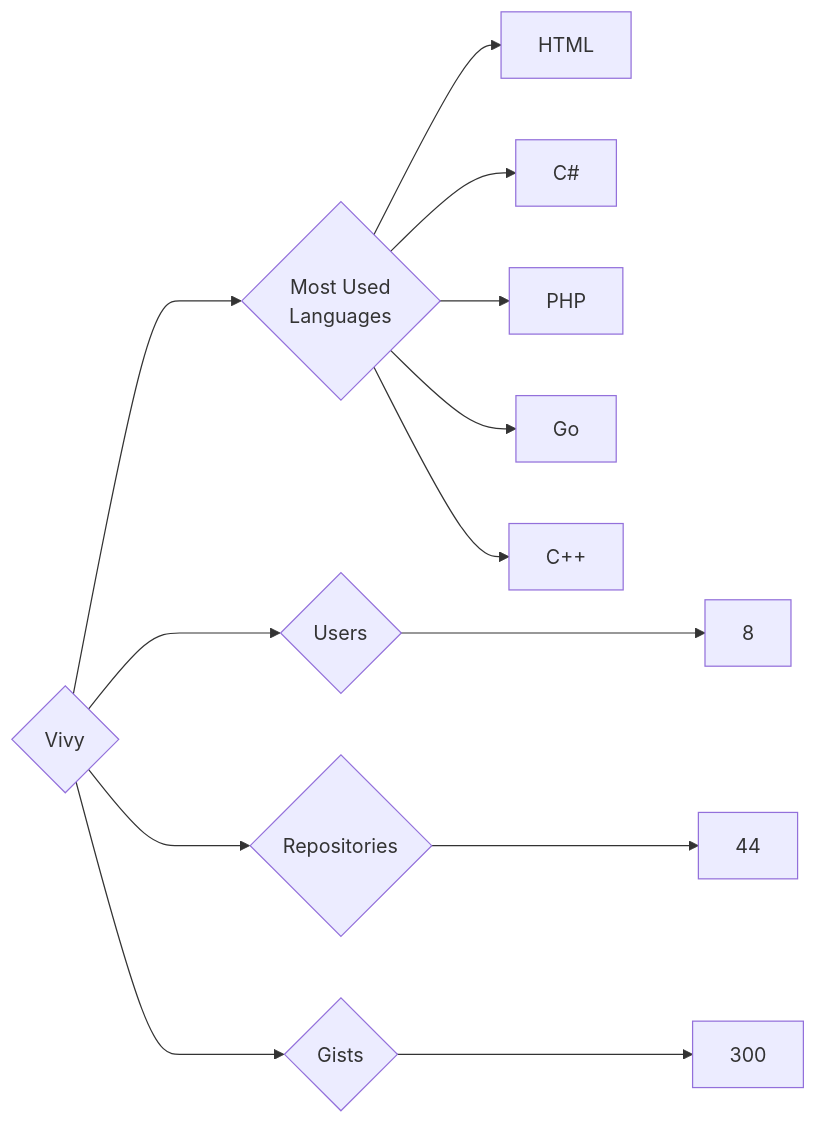
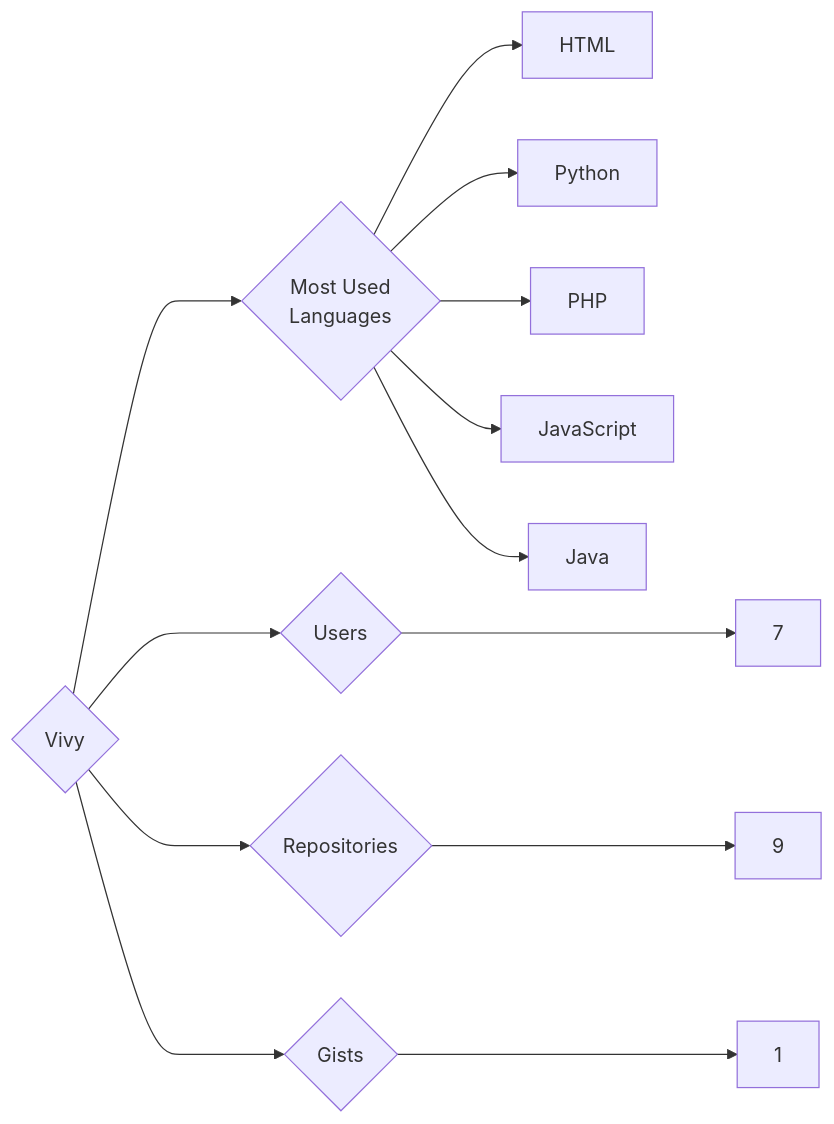
One commit to trickest/insiders changed the diagram in targets/Vivy/README.md. Above: the diagram before and after it, drawn with Mermaid. The commit also changed 833 other files, not shown here.

````diff
--- a/targets/Vivy/README.md
+++ b/targets/Vivy/README.md
@@ -3,13 +3,13 @@
 ```mermaid
 graph LR
 COMPANY_NAME{Vivy}
-COMPANY_NAME ---> U{Users} ---> UN[8]
-COMPANY_NAME ---> R{Repositories} ---> RN[44]
-COMPANY_NAME ---> G{Gists} ---> GN[300]
+COMPANY_NAME ---> U{Users} ---> UN[7]
+COMPANY_NAME ---> R{Repositories} ---> RN[9]
+COMPANY_NAME ---> G{Gists} ---> GN[1]
 COMPANY_NAME ---> ML{Most Used<br>Languages}
 ML --> HTML[HTML]
-ML --> C#[C#]
+ML --> Python[Python]
 ML --> PHP[PHP]
-ML --> Go[Go]
-ML --> C++[C++]
+ML --> JavaScript[JavaScript]
+ML --> Java[Java]
 ```
````
